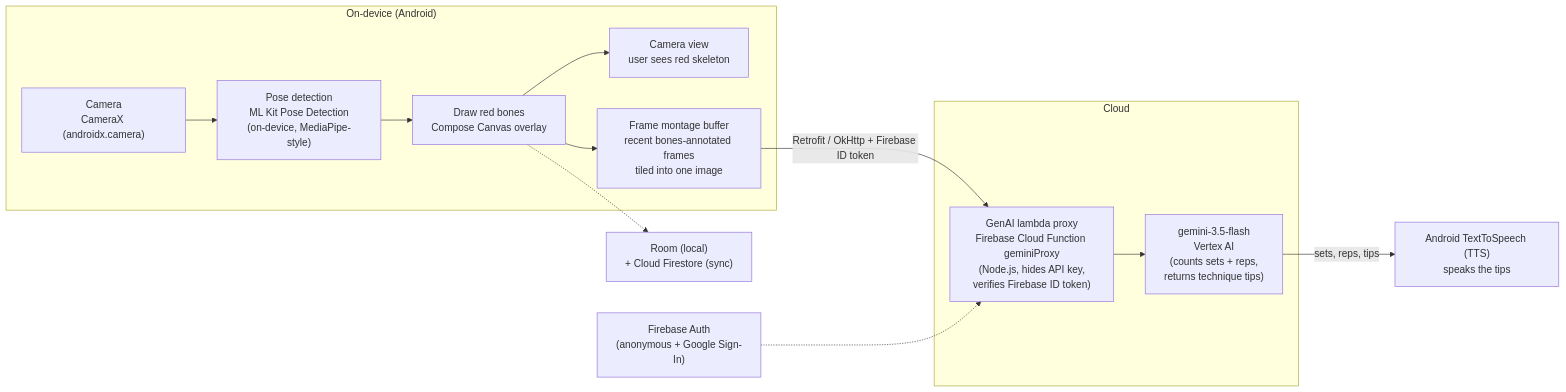
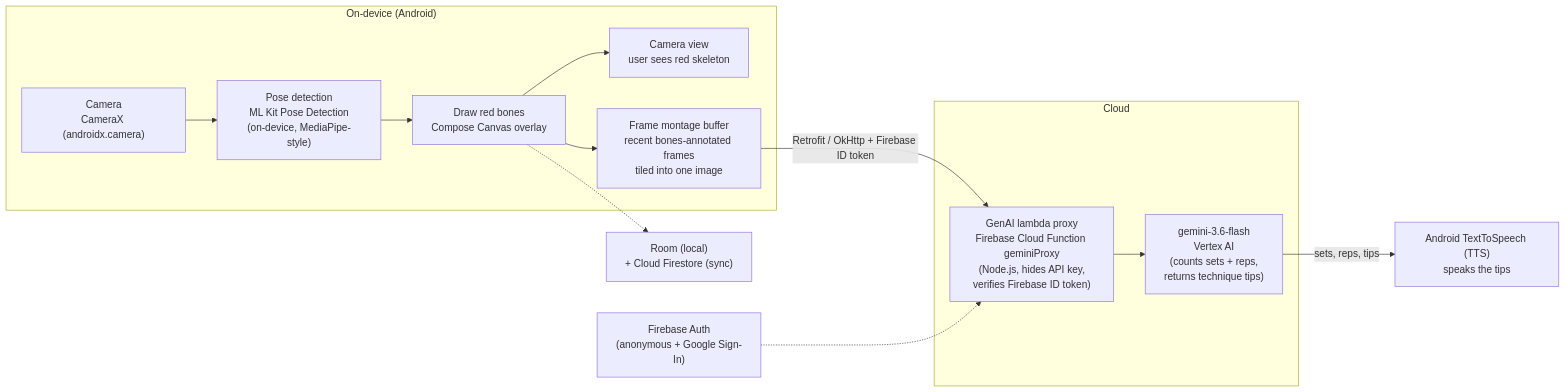
Before and after one commit to dzianisv/KineticAiCoach: the diagram in README.md, drawn with Mermaid. The commit also changed other lines of this file and 6 other files, not shown here.

````diff
--- a/README.md
+++ b/README.md
@@ -21,16 +21,16 @@
 ```mermaid
 flowchart LR
   subgraph Device["On-device (Android)"]
     CAM["Camera<br/>CameraX (androidx.camera)"] --> POSE["Pose detection<br/>ML Kit Pose Detection<br/>(on-device, MediaPipe-style)"]
     POSE --> DRAW["Draw red bones<br/>Compose Canvas overlay"]
     DRAW --> VIEW["Camera view<br/>user sees red skeleton"]
     DRAW --> BUF["Frame montage buffer<br/>recent bones-annotated frames<br/>tiled into one image"]
   end
   BUF -->|"Retrofit / OkHttp + Firebase ID token"| PROXY
   subgraph Cloud["Cloud"]
-    PROXY["GenAI lambda proxy<br/>Firebase Cloud Function geminiProxy<br/>(Node.js, hides API key,<br/>verifies Firebase ID token)"] --> LLM["gemini-3.5-flash<br/>Vertex AI<br/>(counts sets + reps,<br/>returns technique tips)"]
+    PROXY["GenAI lambda proxy<br/>Firebase Cloud Function geminiProxy<br/>(Node.js, hides API key,<br/>verifies Firebase ID token)"] --> LLM["gemini-3.6-flash<br/>Vertex AI<br/>(counts sets + reps,<br/>returns technique tips)"]
   end
   LLM -->|"sets, reps, tips"| TTS["Android TextToSpeech (TTS)<br/>speaks the tips"]
   AUTH["Firebase Auth<br/>(anonymous + Google Sign-In)"] -.-> PROXY
   DRAW -.-> STORE["Room (local)<br/>+ Cloud Firestore (sync)"]
 ```
````
